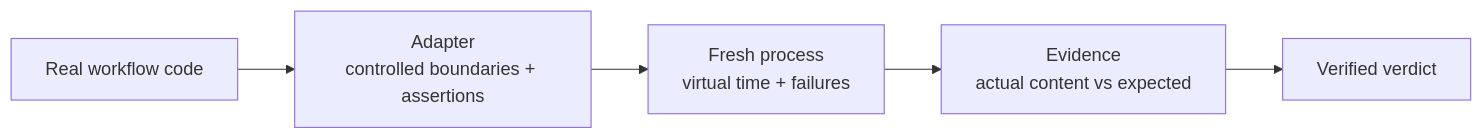
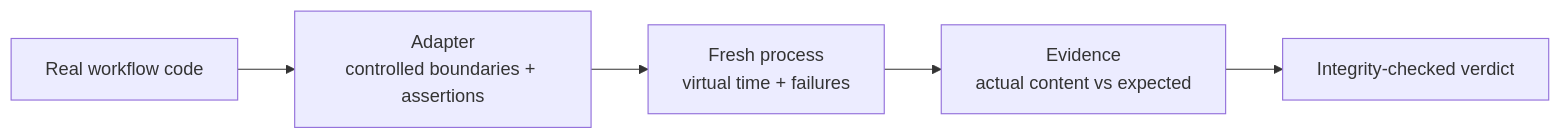
The diagram in README.md (karthiksraju/workflow-sim), drawn with Mermaid before and after one commit. The commit also changed other lines of this file and 21 other files, not shown here.

````diff
--- a/README.md
+++ b/README.md
@@ -16,7 +16,7 @@
 ```mermaid
 flowchart LR
     A["Real workflow code"] --> B["Adapter<br/>controlled boundaries + assertions"]
     B --> C["Fresh process<br/>virtual time + failures"]
     C --> D["Evidence<br/>actual content vs expected"]
-    D --> E["Verified verdict"]
+    D --> E["Integrity-checked verdict"]
 ```
````
